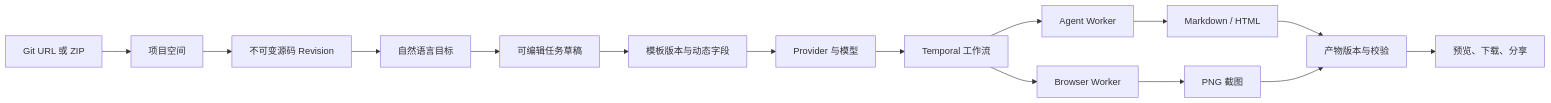
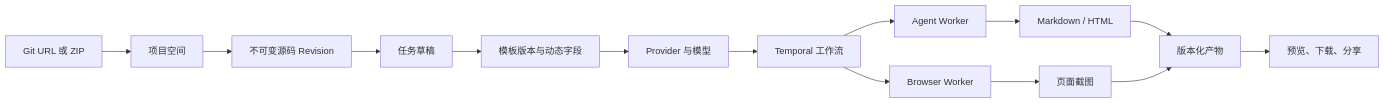
One commit to Bricek4/btes-out changed the first of 2 diagrams in README.md. Above: the diagram before and after it, drawn with Mermaid. The commit also changed other lines of this file, not shown here.

Commit message:
docs: streamline the Agent Studio README

```diff
--- a/README.md
+++ b/README.md
@@ -23,17 +22,16 @@
 ~~~mermaid
 flowchart LR
     A[Git URL 或 ZIP] --> B[项目空间]
     B --> C[不可变源码 Revision]
-    C --> D[自然语言目标]
-    D --> E[可编辑任务草稿]
-    E --> F[模板版本与动态字段]
-    F --> G[Provider 与模型]
-    G --> H[Temporal 工作流]
-    H --> I[Agent Worker]
-    H --> J[Browser Worker]
-    I --> K[Markdown / HTML]
-    J --> L[PNG 截图]
-    K --> M[产物版本与校验]
-    L --> M
-    M --> N[预览、下载、分享]
+    C --> D[任务草稿]
+    D --> E[模板版本与动态字段]
+    E --> F[Provider 与模型]
+    F --> G[Temporal 工作流]
+    G --> H[Agent Worker]
+    G --> I[Browser Worker]
+    H --> J[Markdown / HTML]
+    I --> K[页面截图]
+    J --> L[版本化产物]
+    K --> L
+    L --> M[预览、下载、分享]
 ~~~
```
